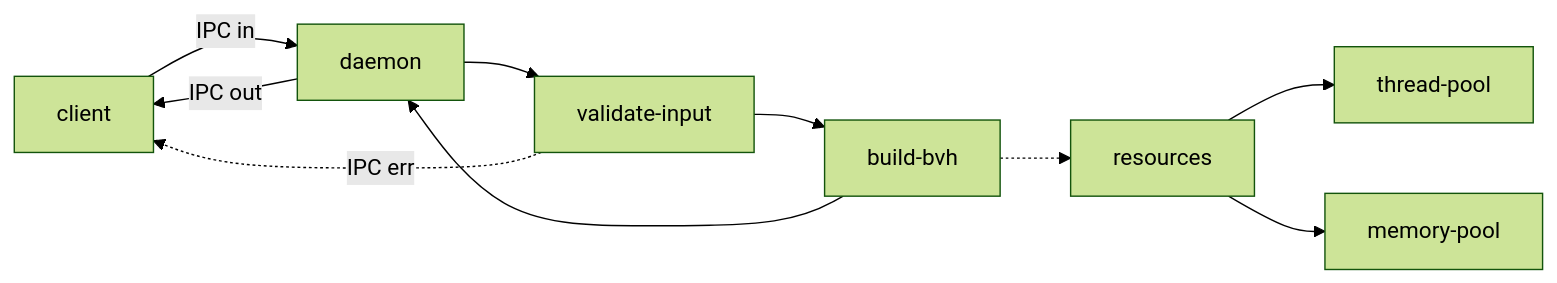
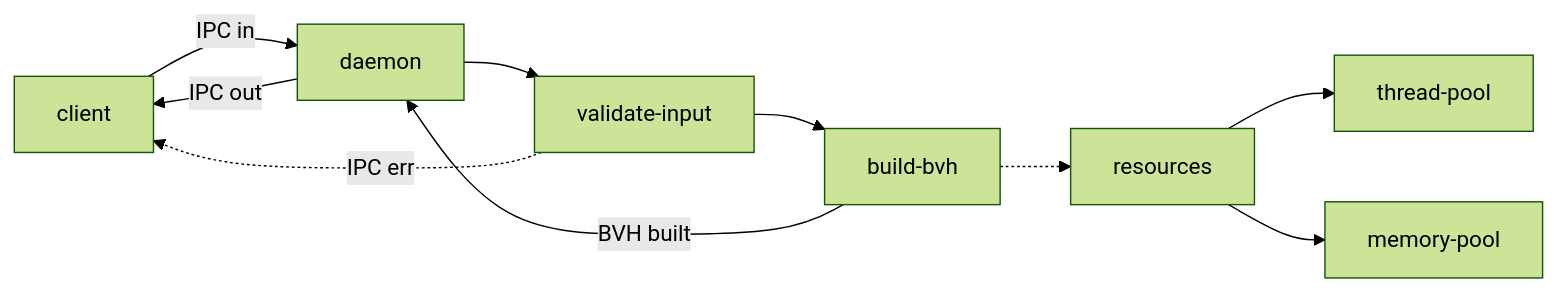
Before and after one commit to ms1d/bvh-builder: the second of 2 diagrams in README.md, drawn with Mermaid (forest theme).

Commit message:
docs: tweaked mermaid diagram for readability

````diff
--- a/README.md
+++ b/README.md
@@ -44,12 +44,12 @@
 ```mermaid
 flowchart LR
     client --> |IPC in| daemon
     daemon --> validate-input
     validate-input -.-> |IPC err| client
     validate-input --> build-bvh
-    build-bvh -.->resources
+    build-bvh -.-> resources
     resources --> thread-pool
     resources --> memory-pool
-    build-bvh --> daemon
+    build-bvh --> |BVH built| daemon
     daemon --> |IPC out| client
 ```
````
